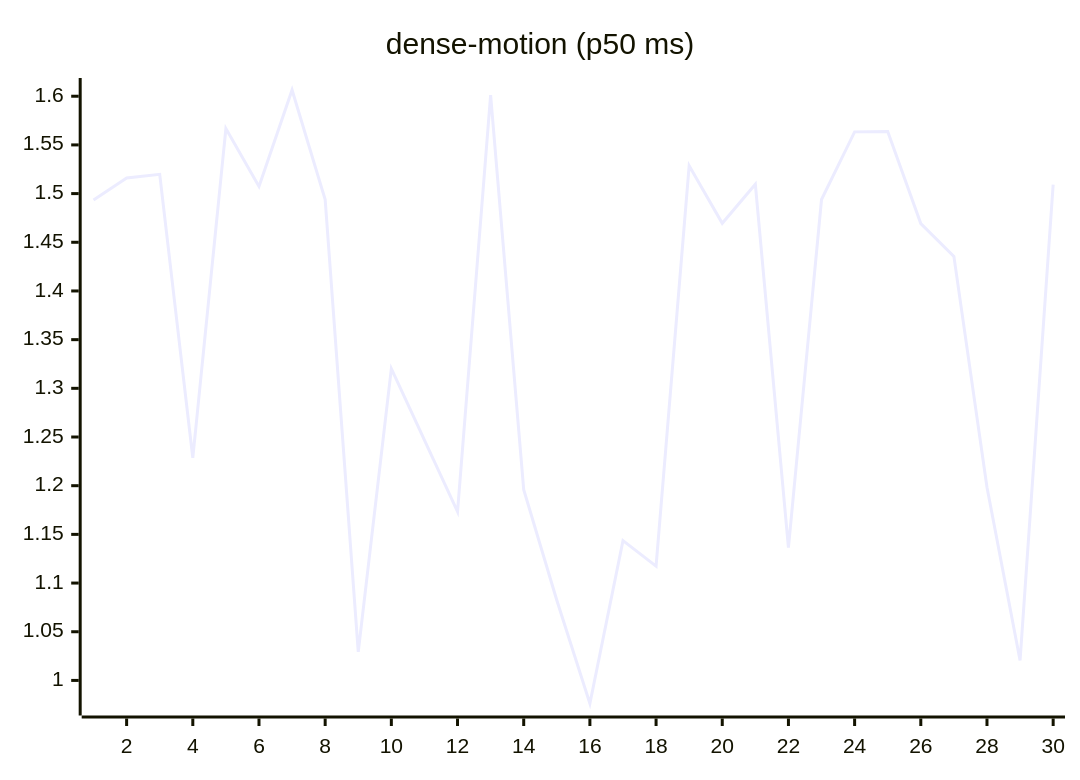
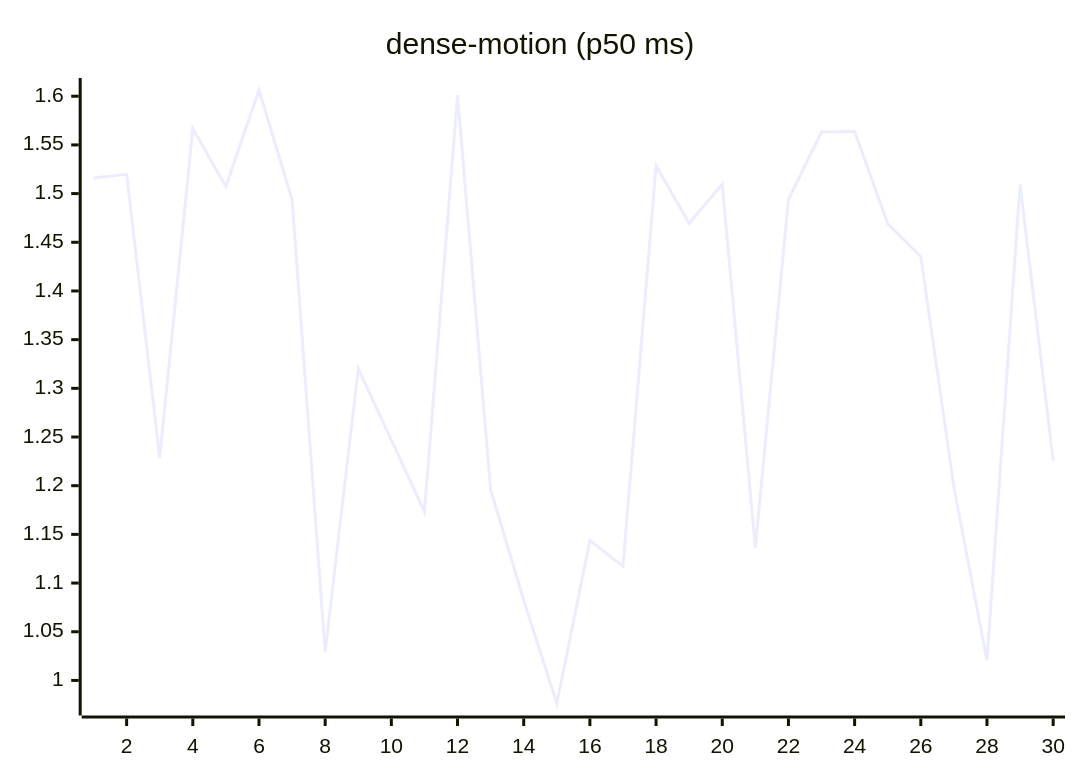
One commit to josha/Facet changed the ninth of 27 diagrams in README.md. Above: the diagram before and after it, drawn with Mermaid. The commit also changed other lines of this file and 2 other files, not shown here.

````diff
--- a/README.md
+++ b/README.md
@@ -119,6 +119,6 @@
 ```mermaid
 xychart-beta
     title "dense-motion (p50 ms)"
     x-axis 1 --> 30
-    line [1.4933, 1.5160, 1.5198, 1.2285, 1.5668, 1.5073, 1.6064, 1.4938, 1.0293, 1.3202, 1.2469, 1.1733, 1.6011, 1.1959, 1.0823, 0.9763, 1.1436, 1.1174, 1.5286, 1.4695, 1.5096, 1.1365, 1.4939, 1.5634, 1.5638, 1.4692, 1.4355, 1.1984, 1.0205, 1.5093]
+    line [1.5160, 1.5198, 1.2285, 1.5668, 1.5073, 1.6064, 1.4938, 1.0293, 1.3202, 1.2469, 1.1733, 1.6011, 1.1959, 1.0823, 0.9763, 1.1436, 1.1174, 1.5286, 1.4695, 1.5096, 1.1365, 1.4939, 1.5634, 1.5638, 1.4692, 1.4355, 1.1984, 1.0205, 1.5093, 1.2258]
 ```
````
